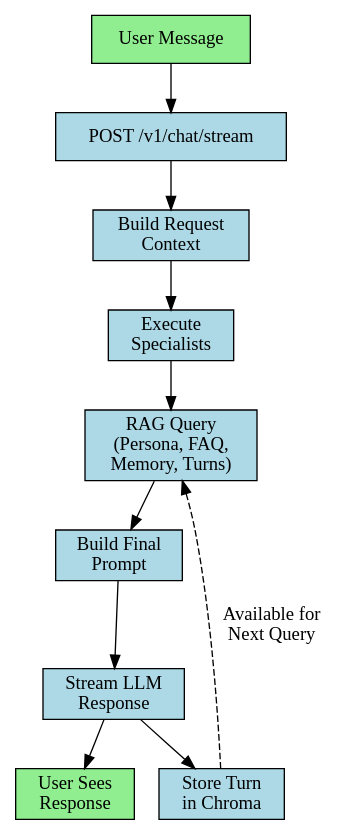
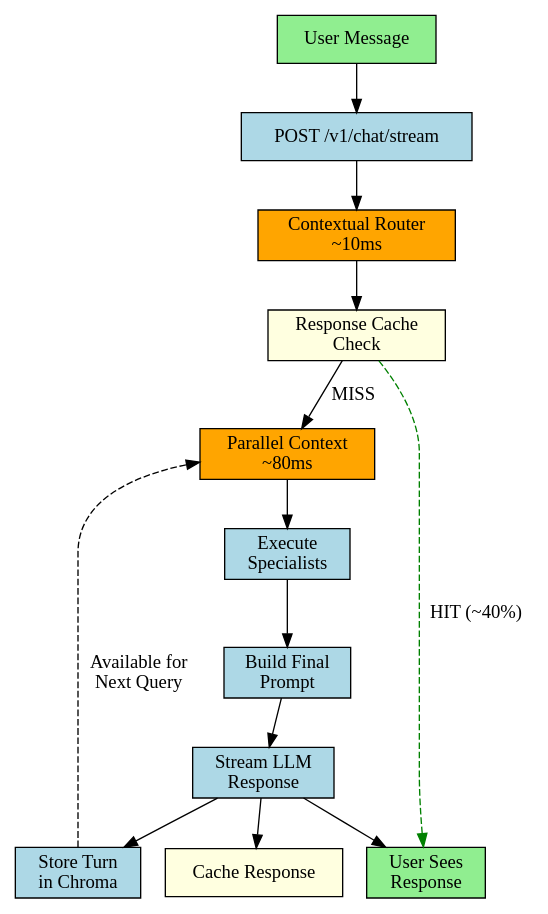
One commit to luna-system/ada changed the tenth of 11 diagrams in docs/architecture.rst. Above: the diagram before and after it, drawn with Graphviz. The commit also changed other lines of this file and 9 other files, not shown here.

```diff
--- a/docs/architecture.rst
+++ b/docs/architecture.rst
@@ -242,26 +368,31 @@
 .. graphviz::
 
-   digraph conversation_turn {
+   digraph conversation_turn_v29 {
        rankdir=TB;
        node [shape=box, style=filled, fillcolor=lightblue];
        
        user_msg [label="User Message", fillcolor=lightgreen];
        api [label="POST /v1/chat/stream"];
-       context [label="Build Request\nContext"];
+       router [label="Contextual Router\n~10ms", fillcolor=orange];
+       response_cache [label="Response Cache\nCheck", fillcolor=lightyellow];
+       parallel [label="Parallel Context\n~80ms", fillcolor=orange];
        specialists [label="Execute\nSpecialists"];
-       rag_query [label="RAG Query\n(Persona, FAQ,\nMemory, Turns)"];
        prompt [label="Build Final\nPrompt"];
        llm [label="Stream LLM\nResponse"];
        store_turn [label="Store Turn\nin Chroma"];
+       cache_response [label="Cache Response", fillcolor=lightyellow];
        user_response [label="User Sees\nResponse", fillcolor=lightgreen];
        
        user_msg -> api;
-       api -> context;
-       context -> specialists;
-       specialists -> rag_query;
-       rag_query -> prompt;
+       api -> router;
+       router -> response_cache;
+       response_cache -> user_response [label="HIT (~40%)", style=dashed, color=green];
+       response_cache -> parallel [label="MISS"];
+       parallel -> specialists;
+       specialists -> prompt;
        prompt -> llm;
        llm -> store_turn;
+       llm -> cache_response;
        llm -> user_response;
-       store_turn -> rag_query [label="Available for\nNext Query", style=dashed];
+       store_turn -> parallel [label="Available for\nNext Query", style=dashed];
    }
```
